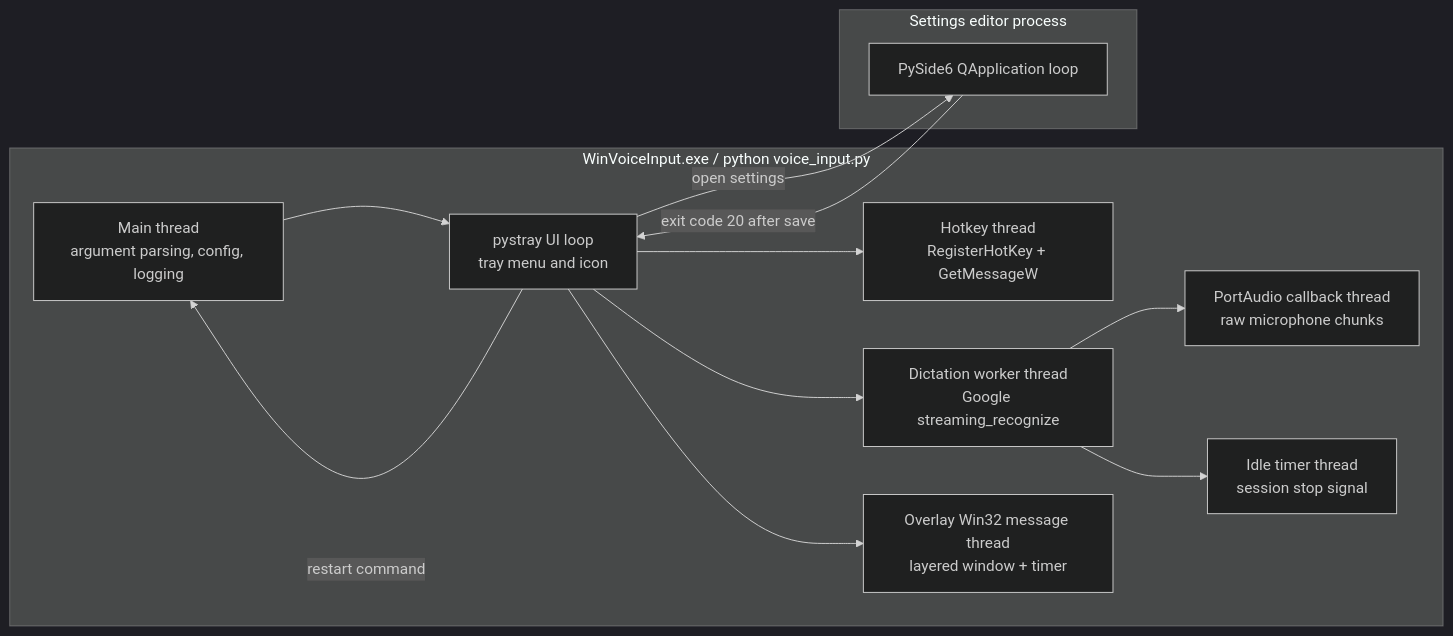
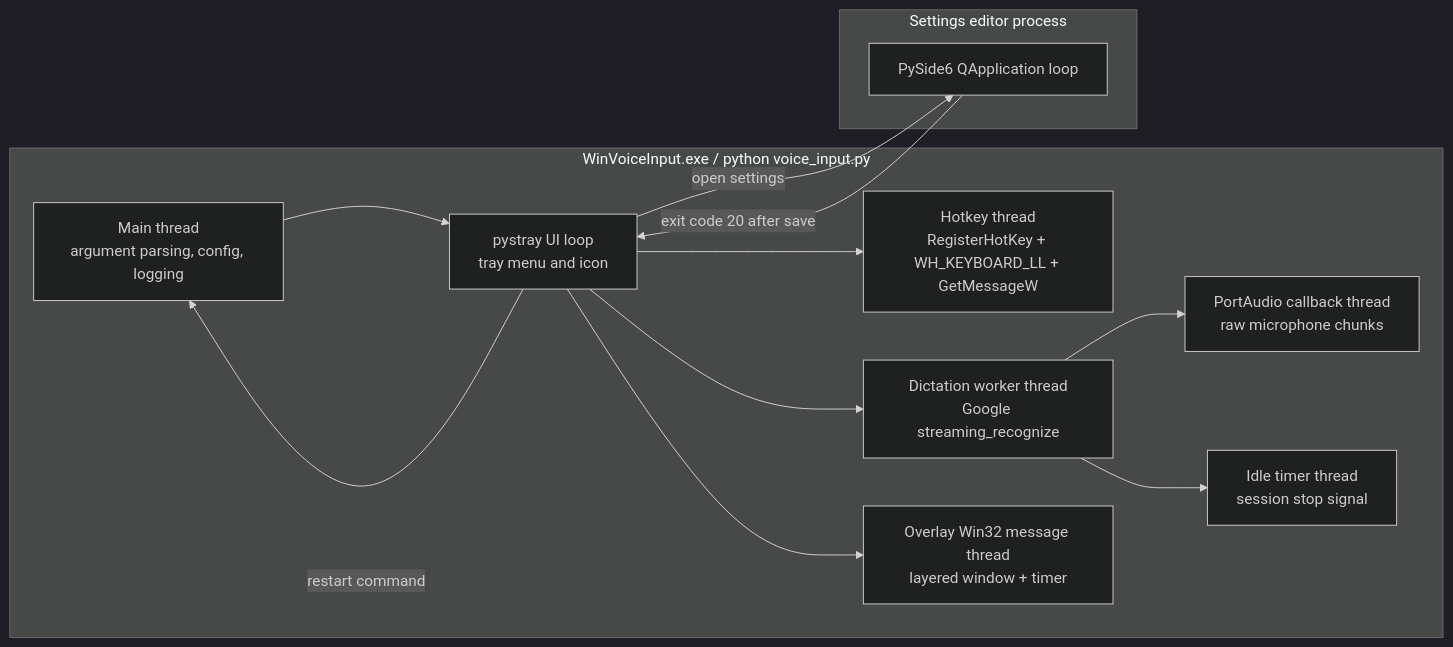
Before and after one commit to cocomine/win-voice-input: the third of 6 diagrams in docs/TECHNICAL_DOCUMENTATION.md, drawn with Mermaid (dark theme). The commit also changed other lines of this file and 11 other files, not shown here.

````diff
--- a/docs/TECHNICAL_DOCUMENTATION.md
+++ b/docs/TECHNICAL_DOCUMENTATION.md
@@ -159,26 +172,26 @@
 ```mermaid
 flowchart LR
     subgraph MainProcess["WinVoiceInput.exe / python voice_input.py"]
         Main["Main thread<br/>argument parsing, config, logging"]
         TrayLoop["pystray UI loop<br/>tray menu and icon"]
-        HotkeyThread["Hotkey thread<br/>RegisterHotKey + GetMessageW"]
+        HotkeyThread["Hotkey thread<br/>RegisterHotKey + WH_KEYBOARD_LL + GetMessageW"]
         DictationWorker["Dictation worker thread<br/>Google streaming_recognize"]
         PortAudio["PortAudio callback thread<br/>raw microphone chunks"]
         OverlayThread["Overlay Win32 message thread<br/>layered window + timer"]
         Timer["Idle timer thread<br/>session stop signal"]
     end
 
     subgraph SettingsProcess["Settings editor process"]
         QtLoop["PySide6 QApplication loop"]
     end
 
     Main --> TrayLoop
     TrayLoop --> HotkeyThread
     TrayLoop --> OverlayThread
     TrayLoop --> DictationWorker
     DictationWorker --> PortAudio
     DictationWorker --> Timer
     TrayLoop -- "open settings" --> QtLoop
     QtLoop -- "exit code 20 after save" --> TrayLoop
     TrayLoop -- "restart command" --> Main
 ```
````
